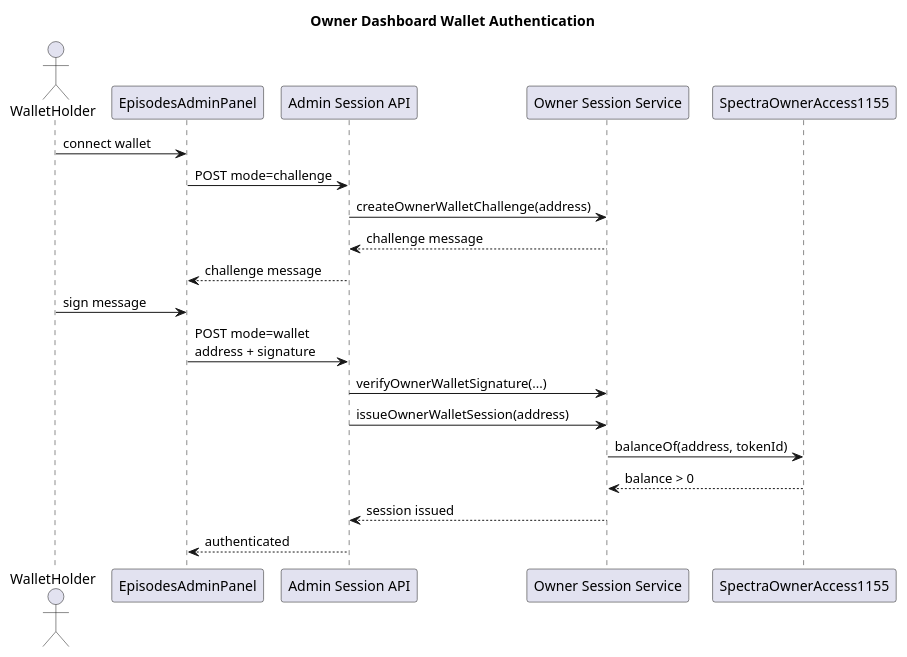
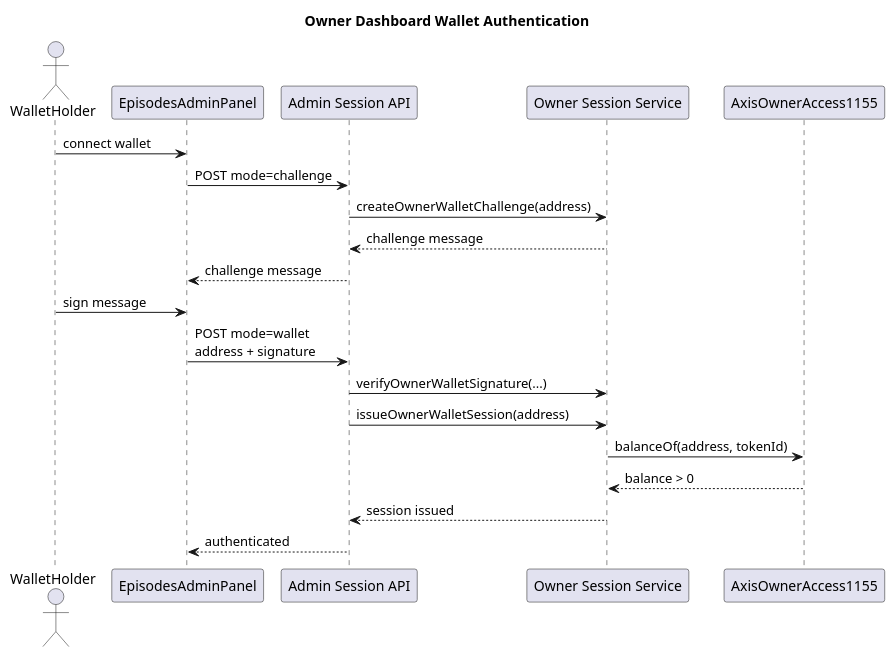
Before and after one commit to sunshinevendetta/axisv1: the diagram in docs/diagrams/owner-auth-lifecycle.puml, drawn with PlantUML. The commit also changed 7990 other files, not shown here.

```diff
--- a/docs/diagrams/owner-auth-lifecycle.puml
+++ b/docs/diagrams/owner-auth-lifecycle.puml
@@ -1,25 +1,25 @@
 @startuml
 title Owner Dashboard Wallet Authentication
 
 actor WalletHolder
 participant "EpisodesAdminPanel" as Panel
 participant "Admin Session API" as SessionApi
 participant "Owner Session Service" as SessionSvc
-participant "SpectraOwnerAccess1155" as Owner1155
+participant "AxisOwnerAccess1155" as Owner1155
 
 WalletHolder -> Panel : connect wallet
 Panel -> SessionApi : POST mode=challenge
 SessionApi -> SessionSvc : createOwnerWalletChallenge(address)
 SessionSvc --> SessionApi : challenge message
 SessionApi --> Panel : challenge message
 
 WalletHolder -> Panel : sign message
 Panel -> SessionApi : POST mode=wallet\naddress + signature
 SessionApi -> SessionSvc : verifyOwnerWalletSignature(...)
 SessionApi -> SessionSvc : issueOwnerWalletSession(address)
 SessionSvc -> Owner1155 : balanceOf(address, tokenId)
 Owner1155 --> SessionSvc : balance > 0
 SessionSvc --> SessionApi : session issued
 SessionApi --> Panel : authenticated
 
 @enduml
```
